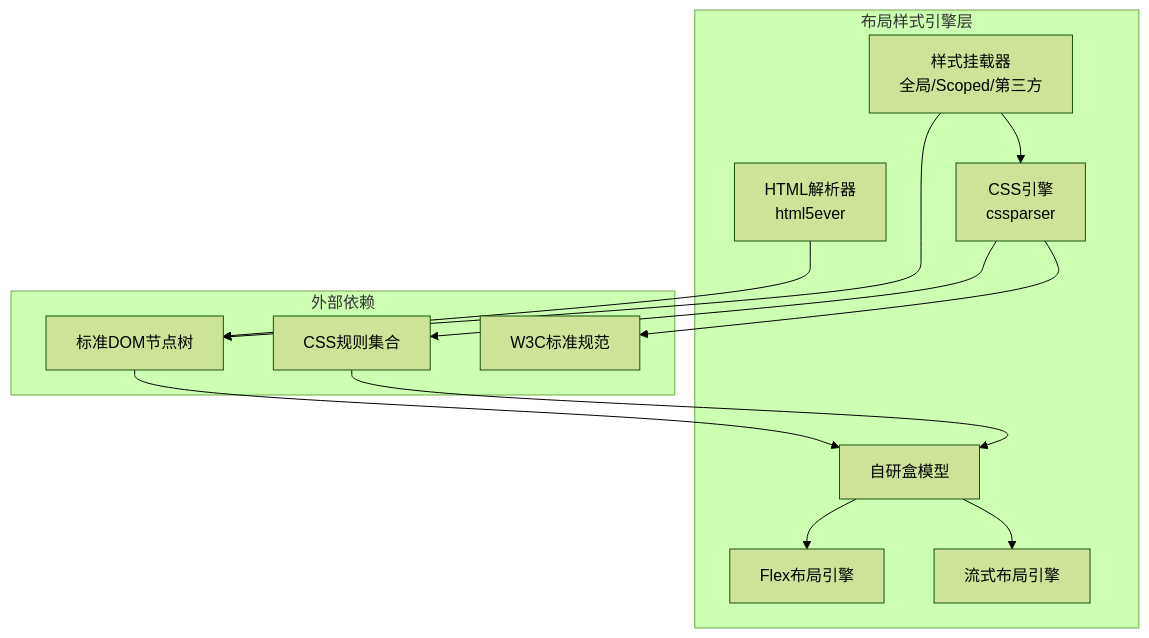
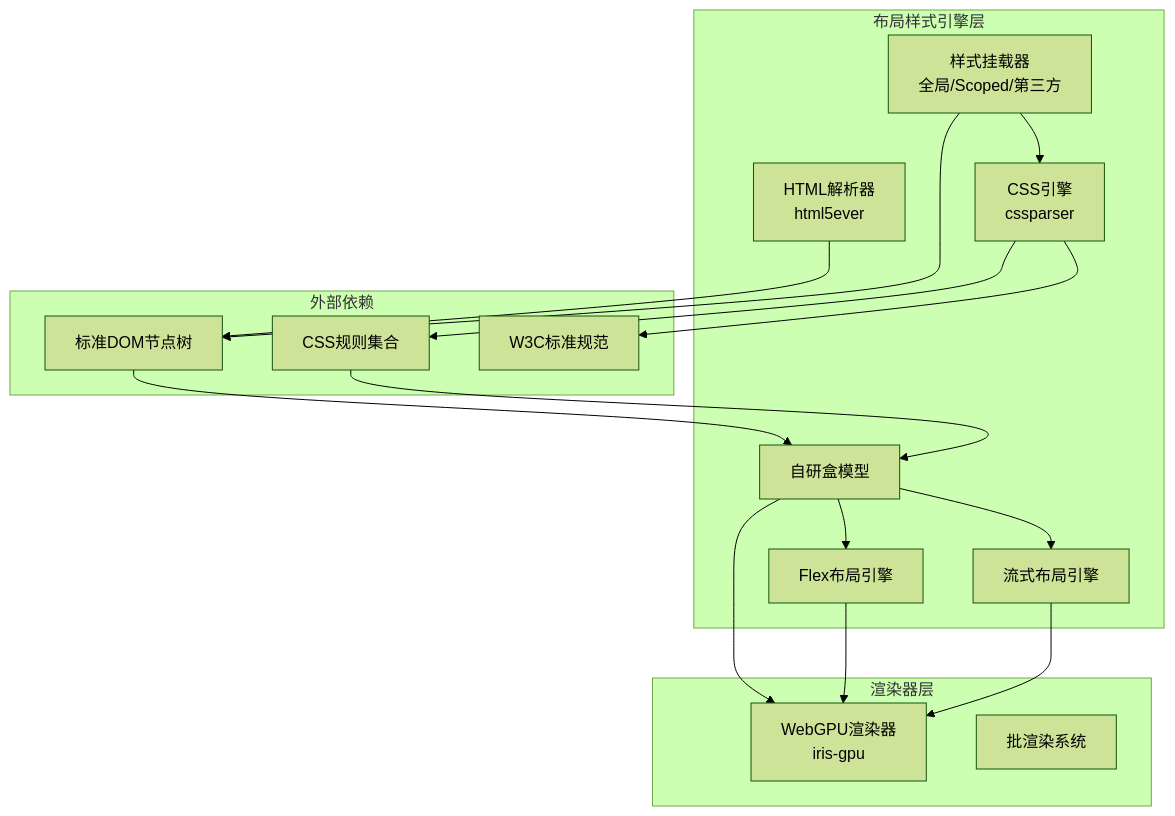
One commit to itszzl-sudo/iris changed the second of 8 diagrams in .qoder/repowiki/zh/content/技术架构详解/布局样式系统.md. Above: the diagram before and after it, drawn with Mermaid (forest theme). The commit also changed other lines of this file and 11 other files, not shown here.

First line of the commit message:
feat: 完成 iris-layout 布局引擎实现 (36 tests pass)

````diff
--- a/.qoder/repowiki/zh/content/技术架构详解/布局样式系统.md
+++ b/.qoder/repowiki/zh/content/技术架构详解/布局样式系统.md
@@ -90,25 +106,32 @@
 ```mermaid
 graph TB
 subgraph "布局样式引擎层"
 HTMLParser["HTML解析器<br/>html5ever"]
 CSSEngine["CSS引擎<br/>cssparser"]
 BoxModel["自研盒模型"]
 FlexLayout["Flex布局引擎"]
 FlowLayout["流式布局引擎"]
 StyleMounter["样式挂载器<br/>全局/Scoped/第三方"]
+end
+subgraph "渲染器层"
+WebGPU["WebGPU渲染器<br/>iris-gpu"]
+BatchRenderer["批渲染系统"]
 end
 subgraph "外部依赖"
 DOMTree["标准DOM节点树"]
 CSSRules["CSS规则集合"]
 W3CSpec["W3C标准规范"]
 end
 HTMLParser --> DOMTree
 CSSEngine --> CSSRules
 CSSEngine --> W3CSpec
 DOMTree --> BoxModel
 CSSRules --> BoxModel
 BoxModel --> FlexLayout
 BoxModel --> FlowLayout
 StyleMounter --> CSSEngine
 StyleMounter --> DOMTree
+BoxModel --> WebGPU
+FlexLayout --> WebGPU
+FlowLayout --> WebGPU
 ```
````
